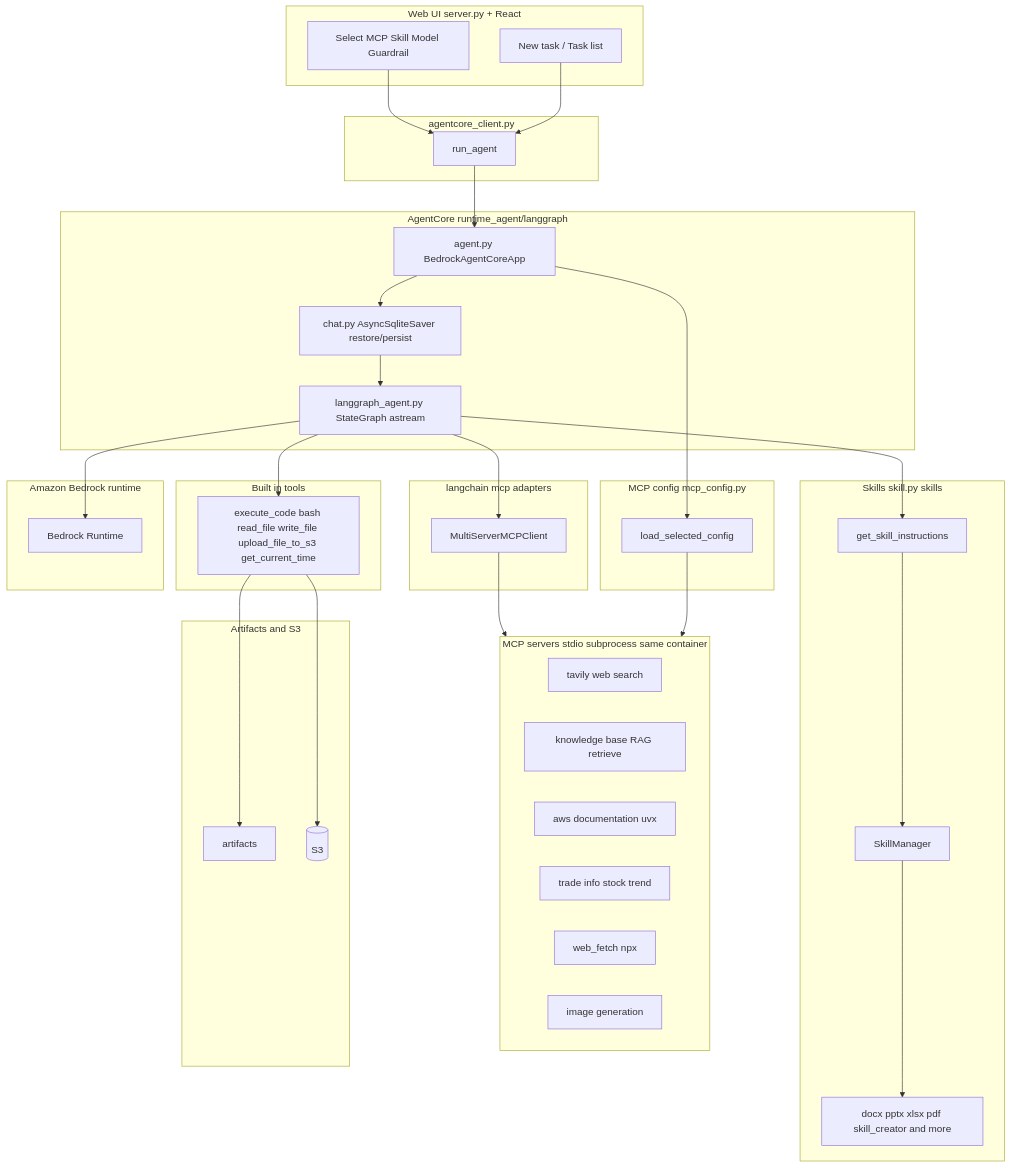
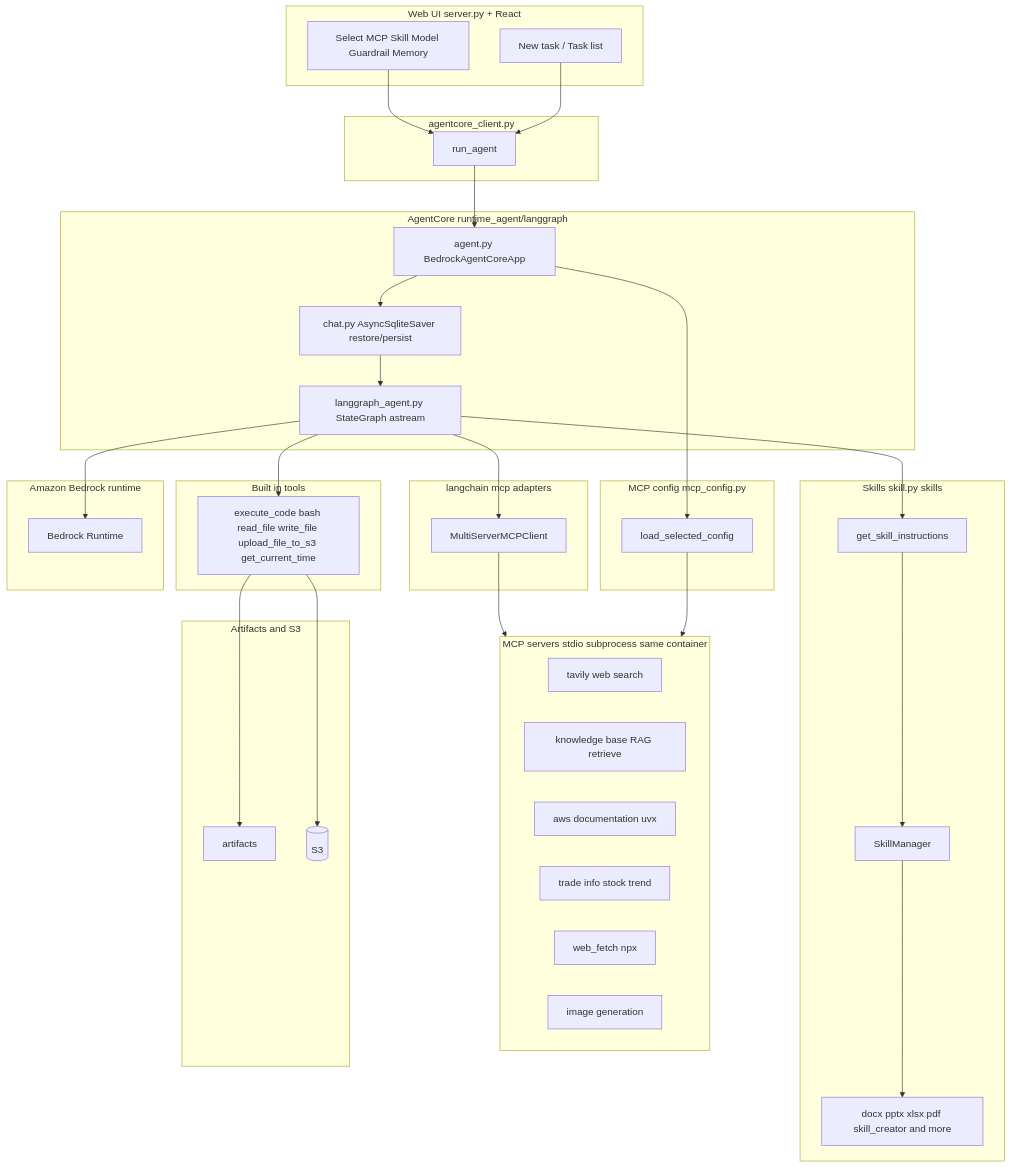
The first of 5 diagrams in README.md (kyopark2014/power-runtime), drawn with Mermaid before and after one commit. The commit also changed other lines of this file and 22 other files, not shown here.

First line of the commit message:
Add AgentCore Memory with UI toggle and recall_memory MCP.

````diff
--- a/README.md
+++ b/README.md
@@ -20,74 +20,74 @@
 ```mermaid
 flowchart TB
   subgraph UI["Web UI server.py + React"]
     TASK["New task / Task list"]
-    SEL["Select MCP Skill Model Guardrail"]
+    SEL["Select MCP Skill Model Guardrail Memory"]
   end
 
   subgraph Client["agentcore_client.py"]
     RA[run_agent]
   end
 
   subgraph Runtime["AgentCore runtime_agent/langgraph"]
     AG["agent.py BedrockAgentCoreApp"]
     CHAT["chat.py AsyncSqliteSaver restore/persist"]
     LGA["langgraph_agent.py StateGraph astream"]
   end
 
   subgraph BuiltIn["Built in tools"]
     LGB["execute_code bash read_file write_file upload_file_to_s3 get_current_time"]
   end
 
   subgraph Skills["Skills skill.py skills"]
     SKM[SkillManager]
     SKT[get_skill_instructions]
     SKD["docx pptx xlsx pdf skill_creator and more"]
   end
 
   subgraph MCPConfig["MCP config mcp_config.py"]
     LSC[load_selected_config]
   end
 
   subgraph MCPLocal["MCP servers stdio subprocess same container"]
     TV["tavily web search"]
     KB["knowledge base RAG retrieve"]
     AD["aws documentation uvx"]
     TI["trade info stock trend"]
     WF["web_fetch npx"]
     IG[image generation]
   end
 
   subgraph MCPClient["langchain mcp adapters"]
     LGM[MultiServerMCPClient]
   end
 
   subgraph LLM["Amazon Bedrock runtime"]
     BR[Bedrock Runtime]
   end
 
   subgraph Storage["Artifacts and S3"]
     ART[artifacts]
     S3[(S3)]
   end
 
   TASK --> RA
   SEL --> RA
 
   RA --> AG
   AG --> CHAT
   CHAT --> LGA
   LGA --> BR
   LGA --> LGB
   LGA --> LGM
   LGA --> SKT
 
   SKT --> SKM
   SKM --> SKD
 
   AG --> LSC
   LSC --> MCPLocal
   LGM --> MCPLocal
 
   LGB --> ART
   LGB --> S3
 ```
````
